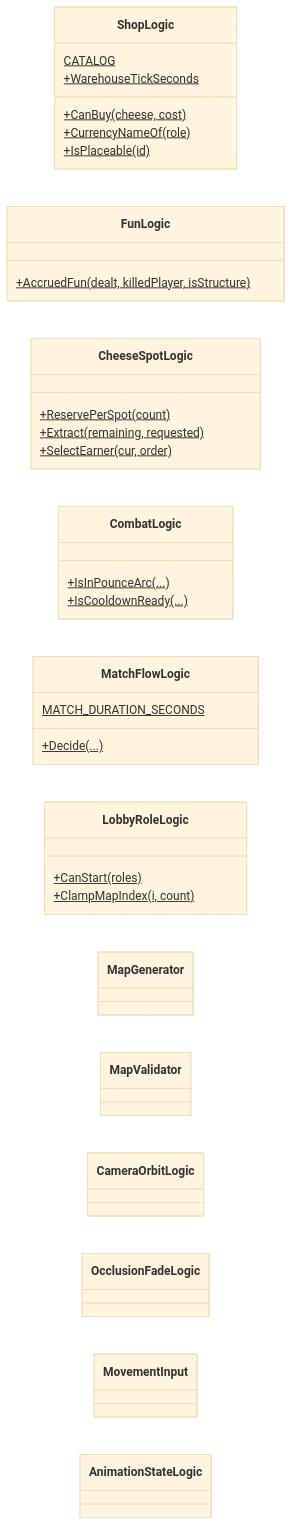
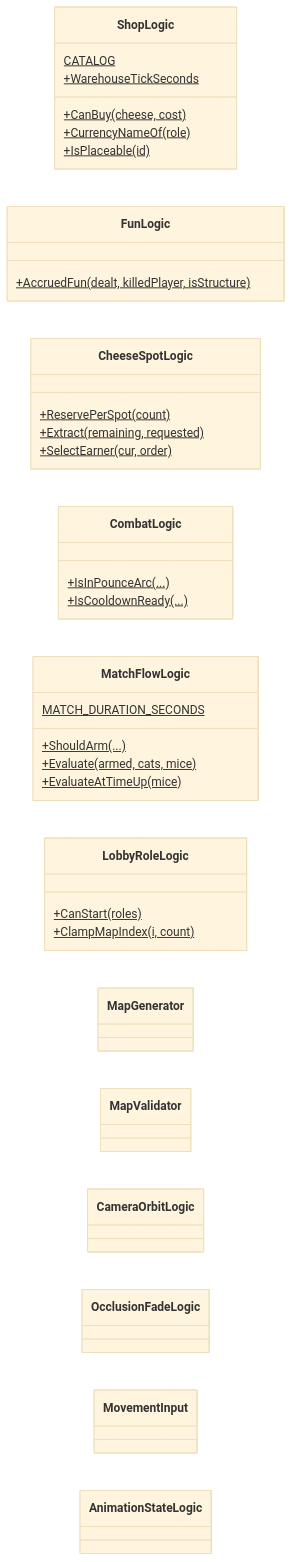
Before and after one commit to JeahanPark/The-Cheese-Thief-and-the-Cat: the eighth of 10 diagrams in CTC/docs/design-vault/코드 다이어그램.md, drawn with Mermaid (base theme). The commit also changed other lines of this file and 11 other files, not shown here.

````diff
--- a/CTC/docs/design-vault/코드 다이어그램.md
+++ b/CTC/docs/design-vault/코드 다이어그램.md
@@ -228,37 +231,39 @@
 ```mermaid
 classDiagram
     direction LR
     class ShopLogic {
         CATALOG$
         +CanBuy(cheese, cost)$
         +CurrencyNameOf(role)$
         +IsPlaceable(id)$
         +WarehouseTickSeconds$
     }
     class FunLogic {
         +AccruedFun(dealt, killedPlayer, isStructure)$
     }
     class CheeseSpotLogic {
         +ReservePerSpot(count)$
         +Extract(remaining, requested)$
         +SelectEarner(cur, order)$
     }
     class CombatLogic {
         +IsInPounceArc(...)$
         +IsCooldownReady(...)$
     }
     class MatchFlowLogic {
         MATCH_DURATION_SECONDS$
-        +Decide(...)$
+        +ShouldArm(...)$
+        +Evaluate(armed, cats, mice)$
+        +EvaluateAtTimeUp(mice)$
     }
     class LobbyRoleLogic {
         +CanStart(roles)$
         +ClampMapIndex(i, count)$
     }
     class MapGenerator
     class MapValidator
     class CameraOrbitLogic
     class OcclusionFadeLogic
     class MovementInput
     class AnimationStateLogic
 ```
````
